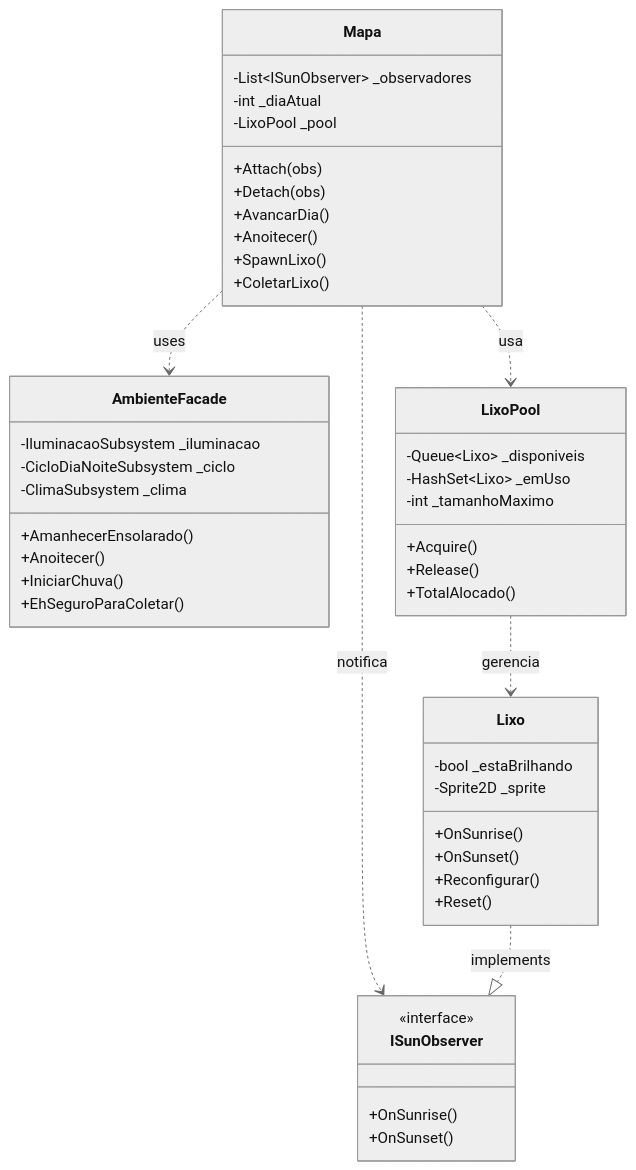
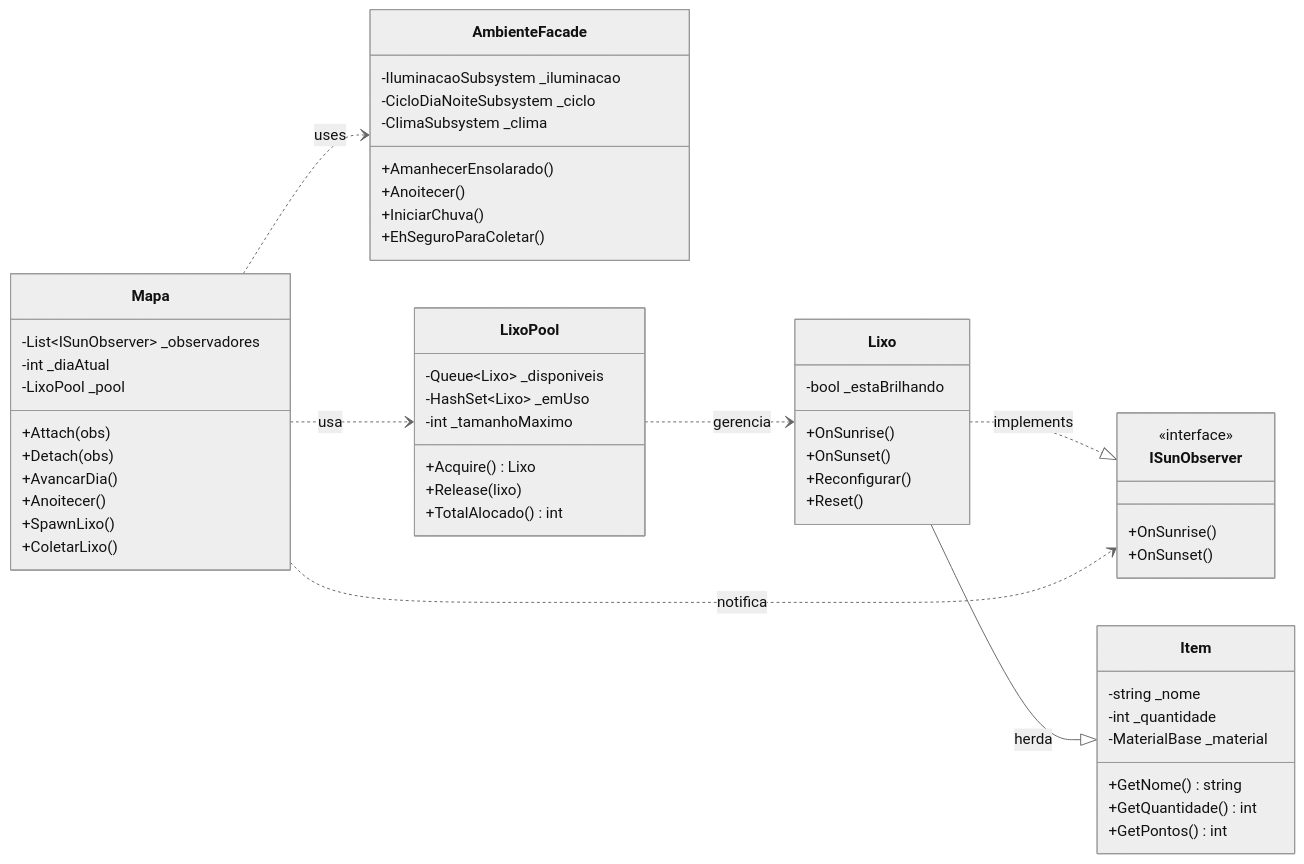
One commit to UnBArqDsw2026-1-Turma01/2026.1-T01-_G1_EcoGame_Entrega_04 changed the fifth of 11 diagrams in docs/ArquiteturaReutilizacao/4.1.DAS.md. Above: the diagram before and after it, drawn with Mermaid (neutral theme). The commit also changed other lines of this file, not shown here.

````diff
--- a/docs/ArquiteturaReutilizacao/4.1.DAS.md
+++ b/docs/ArquiteturaReutilizacao/4.1.DAS.md
@@ -132,54 +298,65 @@
 ```mermaid
 classDiagram
+    direction LR
+
+    class Item {
+        -string _nome
+        -int _quantidade
+        -MaterialBase _material
+        +GetNome() string
+        +GetQuantidade() int
+        +GetPontos() int
+    }
+
     class Mapa {
         -List~ISunObserver~ _observadores
         -int _diaAtual
         -LixoPool _pool
         +Attach(obs)
         +Detach(obs)
         +AvancarDia()
         +Anoitecer()
         +SpawnLixo()
         +ColetarLixo()
     }
 
     class AmbienteFacade {
         -IluminacaoSubsystem _iluminacao
         -CicloDiaNoiteSubsystem _ciclo
         -ClimaSubsystem _clima
         +AmanhecerEnsolarado()
         +Anoitecer()
         +IniciarChuva()
         +EhSeguroParaColetar()
     }
 
     class ISunObserver {
         <<interface>>
         +OnSunrise()
         +OnSunset()
     }
 
     class Lixo {
         -bool _estaBrilhando
-        -Sprite2D _sprite
         +OnSunrise()
         +OnSunset()
         +Reconfigurar()
         +Reset()
     }
 
     class LixoPool {
         -Queue~Lixo~ _disponiveis
         -HashSet~Lixo~ _emUso
         -int _tamanhoMaximo
-        +Acquire()
-        +Release()
-        +TotalAlocado()
+        +Acquire() Lixo
+        +Release(lixo)
+        +TotalAlocado() int
     }
 
+    Lixo --|> Item : herda
+    Lixo ..|> ISunObserver : implements
     Mapa ..> AmbienteFacade : uses
     Mapa ..> ISunObserver : notifica
     Mapa ..> LixoPool : usa
-    Lixo ..|> ISunObserver : implements
     LixoPool ..> Lixo : gerencia
 ```
````
